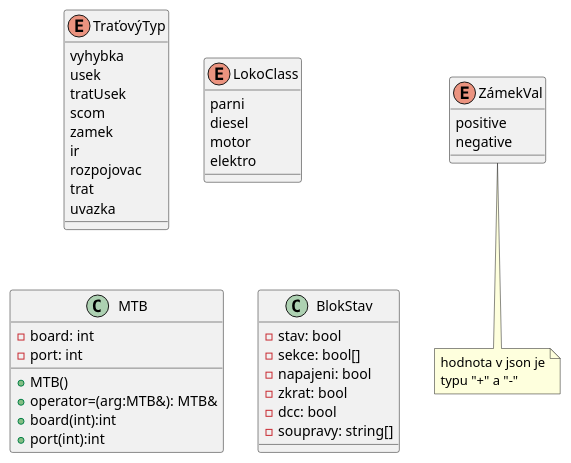
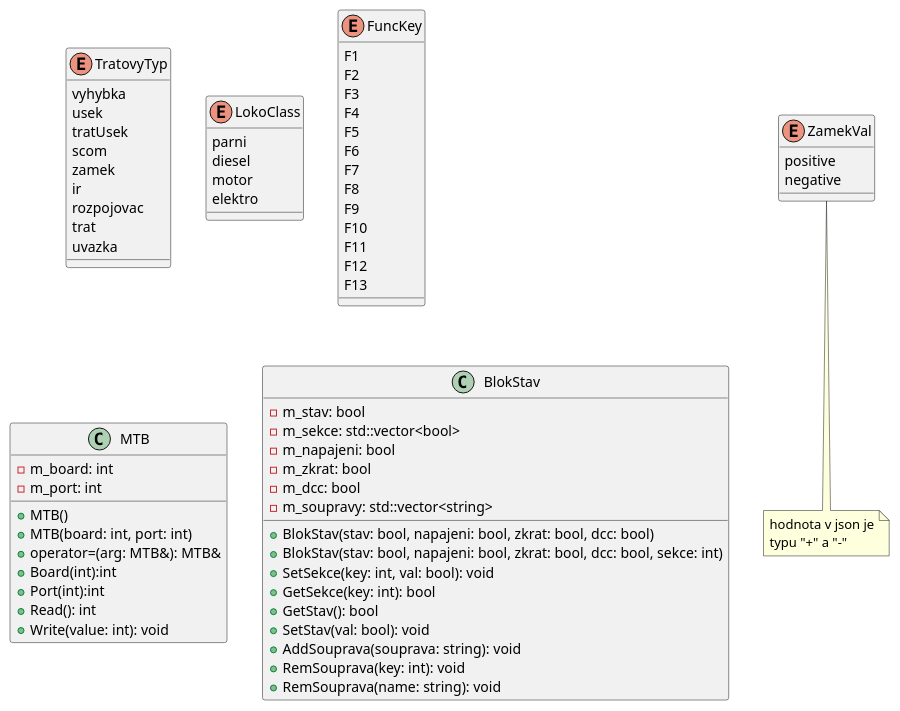
Before and after one commit to LANeo64/RKDlib: the diagram in Model/Class_util.adoc, drawn with PlantUML. The commit also changed 8 other files, not shown here.

```diff
--- a/Model/Class_util.adoc
+++ b/Model/Class_util.adoc
@@ -4,7 +4,7 @@
 ' definice tříd zde
 '###############################################################################
 
-enum TraťovýTyp {
+enum TratovyTyp {
 	vyhybka
 	usek
   tratUsek
@@ -16,7 +16,7 @@
 	uvazka
 }
 
-enum ZámekVal {
+enum ZamekVal {
 	positive
 	negative
 }
@@ -28,29 +28,57 @@
 	elektro
 }
 
+enum FuncKey {
+	F1
+	F2
+	F3
+	F4
+	F5
+	F6
+	F7
+	F8
+	F9
+	F10
+	F11
+	F12
+	F13
+}
+
 class MTB {
-	- board: int
-	- port: int
+	- m_board: int
+	- m_port: int
 	+ MTB()
-	+ operator=(arg:MTB&): MTB&
-	+ board(int):int
-	+ port(int):int
+  + MTB(board: int, port: int)
+	+ operator=(arg: MTB&): MTB&
+	+ Board(int):int
+	+ Port(int):int
+	+ Read(): int
+	+ Write(value: int): void
 }
 
 class BlokStav {
-	- stav: bool
-	- sekce: bool[]
-	- napajeni: bool
-	- zkrat: bool
-	- dcc: bool
-	- soupravy: string[]
+	- m_stav: bool
+	- m_sekce: std::vector<bool>
+	- m_napajeni: bool
+	- m_zkrat: bool
+	- m_dcc: bool
+	- m_soupravy: std::vector<string>
+	+ BlokStav(stav: bool, napajeni: bool, zkrat: bool, dcc: bool)
+  + BlokStav(stav: bool, napajeni: bool, zkrat: bool, dcc: bool, sekce: int)
+	+ SetSekce(key: int, val: bool): void
+	+ GetSekce(key: int): bool
+	+ GetStav(): bool
+	+ SetStav(val: bool): void
+	+ AddSouprava(souprava: string): void
+	+ RemSouprava(key: int): void
+	+ RemSouprava(name: string): void
 }
 
 '###############################################################################
 ' poznámky k třídám
 '###############################################################################
 
-note bottom of ZámekVal
+note bottom of ZamekVal
 	hodnota v json je
 	typu "+" a "-"
 end note
```
